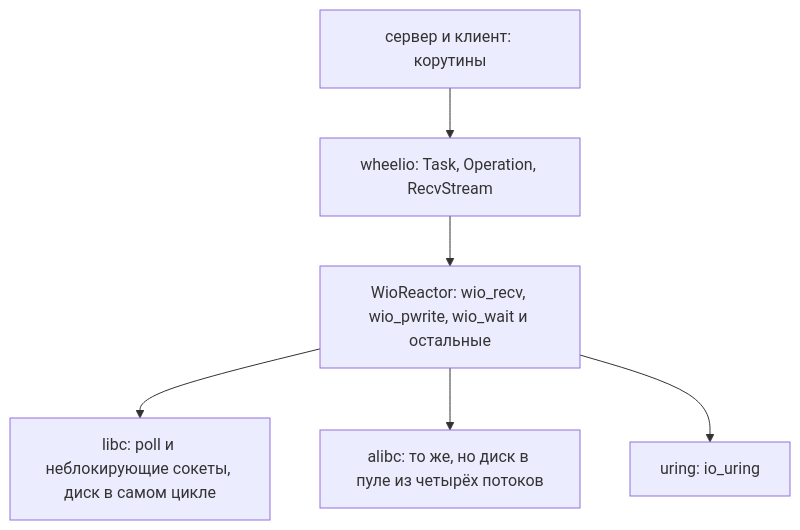
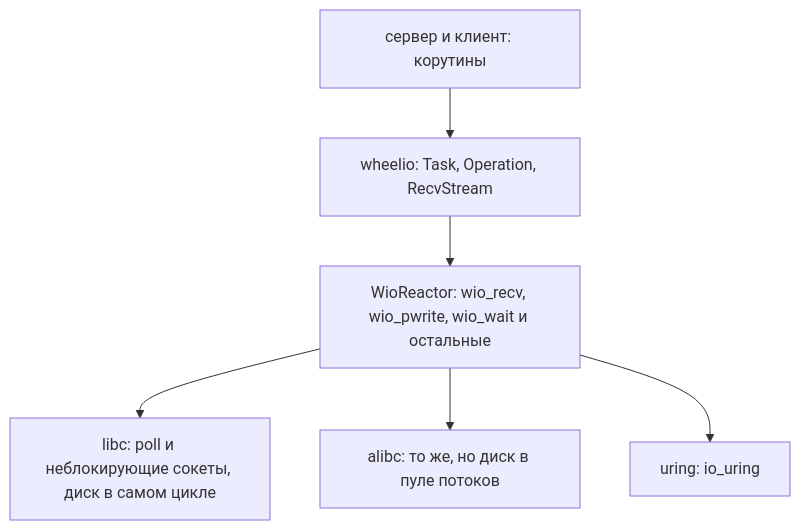
Before and after one commit to VasilyStepanov/wheeliestor: the second of 10 diagrams in docs/design.md, drawn with Mermaid. The commit also changed other lines of this file and 15 other files, not shown here.

````diff
--- a/docs/design.md
+++ b/docs/design.md
@@ -32,8 +32,8 @@
 ```mermaid
 flowchart TB
     app["сервер и клиент: корутины"] --> coro["wheelio: Task, Operation, RecvStream"]
     coro --> reactor["WioReactor: wio_recv, wio_pwrite, wio_wait и остальные"]
     reactor --> libc["libc: poll и неблокирующие сокеты, диск в самом цикле"]
-    reactor --> alibc["alibc: то же, но диск в пуле из четырёх потоков"]
+    reactor --> alibc["alibc: то же, но диск в пуле потоков"]
     reactor --> uring["uring: io_uring"]
 ```
````
